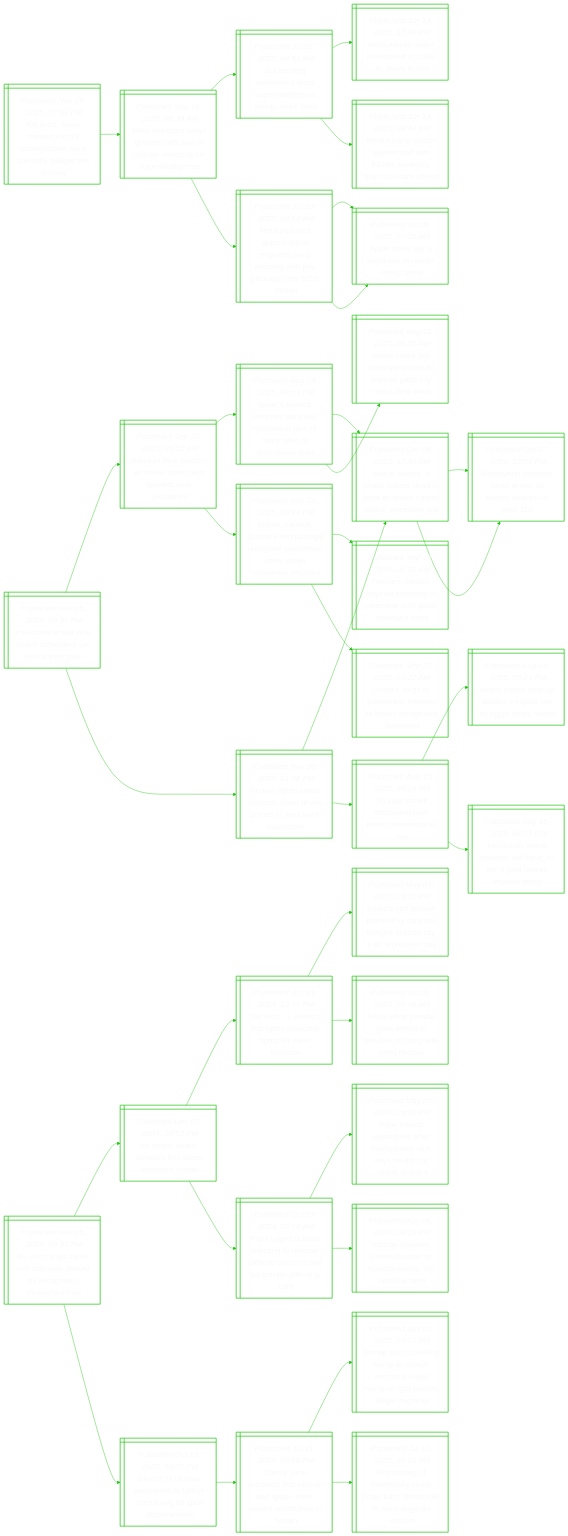
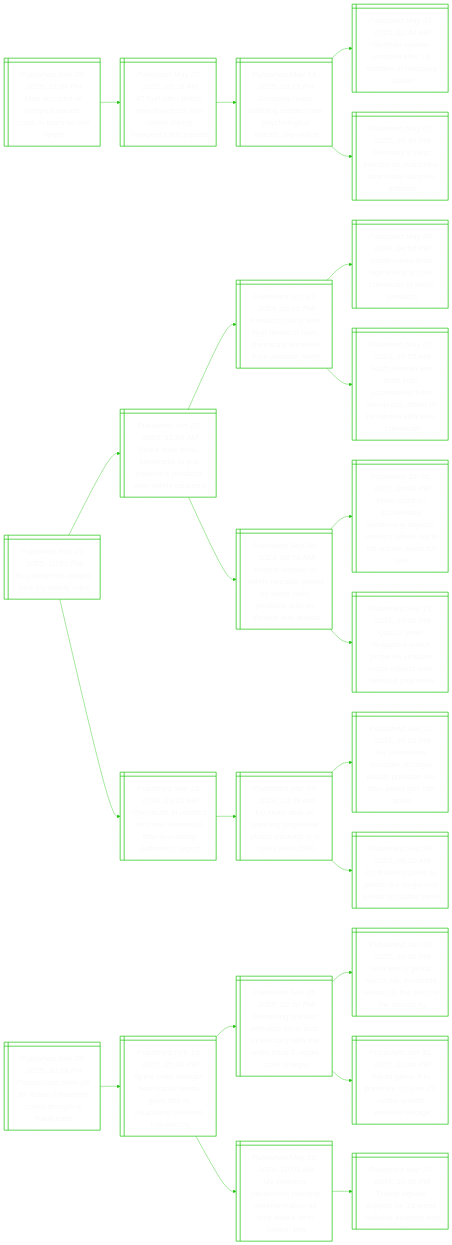
Before and after one commit to notJmes/notJmes: the diagram in README.md, drawn with Mermaid. The commit also changed other lines of this file, not shown here.

````diff
--- a/README.md
+++ b/README.md
@@ -16,112 +16,79 @@
 flowchart LR
 classDef txtsize font-size:20px;
 
-Bzlktaaapldhl@{ shape: win-pane, label: "_Published Nov 25, 2025, 07:58 PM_
-Big buzz, small market: meta’s smartglasses are a specialty gadget this holiday" }
-Maersiidacfptg@{ shape: win-pane, label: "_Published Sep 18, 2025, 08:36 AM_
-Meta launches smart glasses with built-in display, reaching for ‘superintelligence’" }
-Zraneptggmi@{ shape: win-pane, label: "_Published Jul 01, 2025, 04:51 AM_
-Zuckerberg announces meta ‘superintelligence’ group, more hires" }
-MaanmnekC@{ shape: win-pane, label: "_Published Jun 13, 2025, 12:40 PM_
-Meta makes major investment in scale ai, takes in ceo" }
-MrohAfhuaOl@{ shape: win-pane, label: "_Published Jun 18, 2025, 08:04 AM_
-Meta tried to poach openai staff with $128m bonuses, says ceo sam altman" }
-ModeAiPugpcoin@{ shape: win-pane, label: "_Published Jul 10, 2025, 08:58 AM_
-Meta poached apple’s top ai engineer pang ruoming with pay package over $256 million" }
-Altetosne@{ shape: win-pane, label: "_Published Jul 08, 2025, 07:25 AM_
-Apple loses top ai executive to meta’s hiring spree" }
-Altetosne@{ shape: win-pane, label: "_Published Jul 08, 2025, 07:25 AM_
-Apple loses top ai executive to meta’s hiring spree" }
+Mcoeldsesls@{ shape: win-pane, label: "_Published Nov 25, 2025, 11:34 PM_
+Man accused of liverpool parade crash in tears as trial opens" }
+hfrhrctwivotr@{ shape: win-pane, label: "_Published May 27, 2025, 02:18 AM_
+47 hurt after british man drives car into crowd during liverpool’s title parade" }
+Gnsbutslanai@{ shape: win-pane, label: "_Published May 24, 2025, 09:15 PM_
+Germany mass stabbing suspect has ‘psychological illness’, say police" }
+Gnnsftdmso@{ shape: win-pane, label: "_Published May 24, 2025, 01:44 AM_
+German woman arrested after 18 stabbed at hamburg station" }
+Gnrcscrrirea@{ shape: win-pane, label: "_Published May 06, 2025, 04:40 PM_
+Germany’s merz elected as chancellor after initial surprise setback" }
 
-Bzlktaaapldhl:::txtsize --> Maersiidacfptg:::txtsize
-Maersiidacfptg:::txtsize --> Zraneptggmi:::txtsize
-Zraneptggmi:::txtsize --> MaanmnekC:::txtsize
-Zraneptggmi:::txtsize --> MrohAfhuaOl:::txtsize
-Maersiidacfptg:::txtsize --> ModeAiPugpcoin:::txtsize
-ModeAiPugpcoin:::txtsize --> Altetosne:::txtsize
-ModeAiPugpcoin:::txtsize --> Altetosne:::txtsize
+Mcoeldsesls:::txtsize --> hfrhrctwivotr:::txtsize
+hfrhrctwivotr:::txtsize --> Gnsbutslanai:::txtsize
+Gnsbutslanai:::txtsize --> Gnnsftdmso:::txtsize
+Gnsbutslanai:::txtsize --> Gnrcscrrirea:::txtsize
 
-Ptnrsiltwtt@{ shape: win-pane, label: "_Published Nov 25, 2025, 06:37 PM_
-Palestinians fear new israeli settlement will wreck their town" }
-Bietseternel@{ shape: win-pane, label: "_Published Sep 23, 2025, 05:52 AM_
-Bedouin face eviction as israeli settlement spreads near jerusalem" }
-Ilaiensepoifsat@{ shape: win-pane, label: "_Published Aug 14, 2025, 04:03 PM_
-Israel’s finance minister launches settlement plan to ‘bury’ idea of palestinian state" }
-Sbsrcdnacaale@{ shape: win-pane, label: "_Published Oct 08, 2023, 12:45 AM_
-‘sea of bodies’ in israel, scores dead in gaza as shock hamas attack unleashes war" }
-Iltaauttatkas@{ shape: win-pane, label: "_Published Aug 12, 2025, 08:55 AM_
-Israeli critics say netanyahu plan to capture gaza city lacks clear aims" }
-BiasiPgcseiaroni@{ shape: win-pane, label: "_Published Sep 21, 2025, 09:34 PM_
-Britain, canada, australia and portugal recognise palestinian state; israel condemns decision" }
-Ferymylniaar@{ shape: win-pane, label: "_Published Sep 22, 2025, 01:32 AM_
-France’s macron says no embassy in palestine until gaza hostages freed" }
-Csaeisateito@{ shape: win-pane, label: "_Published Sep 22, 2025, 01:22 AM_
-Cheers, hugs at palestinian mission as britain recognises statehood" }
-HRshsrfrites@{ shape: win-pane, label: "_Published Nov 20, 2025, 01:08 PM_
-Human rights watch accuses israel of war crimes in west bank expulsions" }
-Sbsrcdnacaale@{ shape: win-pane, label: "_Published Oct 08, 2023, 12:45 AM_
-‘sea of bodies’ in israel, scores dead in gaza as shock hamas attack unleashes war" }
-NyeeawHakl@{ shape: win-pane, label: "_Published Oct 07, 2023, 12:04 PM_
-Netanyahu declares israel at war as hamas attacks kill over 100" }
-NyeeawHakl@{ shape: win-pane, label: "_Published Oct 07, 2023, 12:04 PM_
-Netanyahu declares israel at war as hamas attacks kill over 100" }
-Useteaattl@{ shape: win-pane, label: "_Published Aug 15, 2025, 06:29 PM_
-Un says israeli settlement plan breaks international law" }
-Ilcestzyysm@{ shape: win-pane, label: "_Published Aug 14, 2025, 05:23 PM_
-Israeli forces step up assault on gaza city as egypt hosts hamas" }
-Hlaenhoitsno@{ shape: win-pane, label: "_Published Aug 15, 2025, 04:51 PM_
-Hezbollah warns lebanon ‘will have no life’ if govt moves against group" }
+Elnpwar@{ shape: win-pane, label: "_Published Nov 25, 2025, 10:51 PM_
+Eu parliament adopts new toy safety rules" }
+Saeiepheossye@{ shape: win-pane, label: "_Published Jun 27, 2025, 11:24 AM_
+Seoul asks temu, aliexpress to pull children’s products over safety concerns" }
+Pcuthlohamfeen@{ shape: win-pane, label: "_Published Jun 03, 2024, 06:15 PM_
+Products found with high levels of toxic chemicals removed from website: shein" }
+SKfheoimseos@{ shape: win-pane, label: "_Published May 28, 2024, 04:50 PM_
+South korea finds high levels of toxic chemicals in shein products" }
+SKnfkcoflrhoiwoha@{ shape: win-pane, label: "_Published May 26, 2024, 10:55 AM_
+South korean test finds kids’ accessories from aliexpress, shein to be tainted with toxic chemicals" }
+BseahdeobdsneLa@{ shape: win-pane, label: "_Published Sep 26, 2024, 09:50 AM_
+Buyers warned of safety hazards posed by some baby products sold on shopee and lazada" }
+Mheiawwbsianlnifl@{ shape: win-pane, label: "_Published Jul 31, 2023, 06:00 PM_
+More children accidentally swallowing objects, retailers asked not to list unsafe items for sale" }
+Qdnriovrgovlpn@{ shape: win-pane, label: "_Published Sep 13, 2024, 03:00 PM_
+Qoo10 under singapore police probe as vendors lodge reports over delayed payments" }
+Ccntaerhesteo@{ shape: win-pane, label: "_Published Mar 15, 2024, 03:16 AM_
+Chemicals in plastics far more numerous than previously estimated: report" }
+Ellnselcaiem@{ shape: win-pane, label: "_Published Mar 05, 2024, 10:38 AM_
+Eu seals deal on banning single-use plastic packaging in cafes from 2030" }
+Emsitesoiwrelsn@{ shape: win-pane, label: "_Published Jan 11, 2024, 09:10 PM_
+Eu lawmakers consider stronger plastic pollution law after pellet spill hits spain" }
+Uassatlpiul@{ shape: win-pane, label: "_Published Sep 29, 2023, 08:20 AM_
+Us finalises plans to phase out single-use plastic on public lands" }
 
-Ptnrsiltwtt:::txtsize --> Bietseternel:::txtsize
-Bietseternel:::txtsize --> Ilaiensepoifsat:::txtsize
-Ilaiensepoifsat:::txtsize --> Sbsrcdnacaale:::txtsize
-Ilaiensepoifsat:::txtsize --> Iltaauttatkas:::txtsize
-Bietseternel:::txtsize --> BiasiPgcseiaroni:::txtsize
-BiasiPgcseiaroni:::txtsize --> Ferymylniaar:::txtsize
-BiasiPgcseiaroni:::txtsize --> Csaeisateito:::txtsize
-Ptnrsiltwtt:::txtsize --> HRshsrfrites:::txtsize
-HRshsrfrites:::txtsize --> Sbsrcdnacaale:::txtsize
-Sbsrcdnacaale:::txtsize --> NyeeawHakl:::txtsize
-Sbsrcdnacaale:::txtsize --> NyeeawHakl:::txtsize
-HRshsrfrites:::txtsize --> Useteaattl:::txtsize
-Useteaattl:::txtsize --> Ilcestzyysm:::txtsize
-Useteaattl:::txtsize --> Hlaenhoitsno:::txtsize
+Elnpwar:::txtsize --> Saeiepheossye:::txtsize
+Saeiepheossye:::txtsize --> Pcuthlohamfeen:::txtsize
+Pcuthlohamfeen:::txtsize --> SKfheoimseos:::txtsize
+Pcuthlohamfeen:::txtsize --> SKnfkcoflrhoiwoha:::txtsize
+Saeiepheossye:::txtsize --> BseahdeobdsneLa:::txtsize
+BseahdeobdsneLa:::txtsize --> Mheiawwbsianlnifl:::txtsize
+BseahdeobdsneLa:::txtsize --> Qdnriovrgovlpn:::txtsize
+Elnpwar:::txtsize --> Ccntaerhesteo:::txtsize
+Ccntaerhesteo:::txtsize --> Ellnselcaiem:::txtsize
+Ellnselcaiem:::txtsize --> Emsitesoiwrelsn:::txtsize
+Ellnselcaiem:::txtsize --> Uassatlpiul:::txtsize
 
-Erssreleihhl@{ shape: win-pane, label: "_Published Nov 25, 2025, 06:33 PM_
-Eu court says same-sex marriage should be recognised throughout bloc" }
-Ngrostrun@{ shape: win-pane, label: "_Published Dec 07, 2024, 04:52 PM_
-‘no longer afraid’: poland’s first queer museum opens" }
-WsriGolifrln@{ shape: win-pane, label: "_Published Jun 01, 2024, 12:47 PM_
-‘we exist’: s. korea’s first lgbtq councillor fights for more inclusion" }
-Ssfvobinetcagey@{ shape: win-pane, label: "_Published May 04, 2023, 03:10 PM_
-Seoul's lgbt festival blocked by christian concert outside city hall, organisers say" }
-SPpeaidrgLrr@{ shape: win-pane, label: "_Published Jul 01, 2023, 09:46 AM_
-Seoul pride parade goes ahead in shadow of rising anti-lgbtq rhetoric" }
-PrtQirshChodfne@{ shape: win-pane, label: "_Published Oct 13, 2024, 02:16 AM_
-Pope urged at lgbtq meeting to reverse catholic church’s ban on gender-affirming care" }
-Prsosrpcseoeu@{ shape: win-pane, label: "_Published May 28, 2024, 09:42 PM_
-Pope francis apologises after homophobic slur, says he did not intend to use it" }
-Vaoratfslods@{ shape: win-pane, label: "_Published Apr 08, 2024, 08:29 PM_
-Vatican opposes criminalisation of homosexuality, top cardinal says" }
-ChrpioQufscnn@{ shape: win-pane, label: "_Published Oct 16, 2025, 10:35 PM_
-Church of norway apologises to lgbtq+ community for past discrimination" }
-CybesaLccdbpi@{ shape: win-pane, label: "_Published Jul 31, 2025, 06:18 PM_
-Cherry vann becomes first woman and lgbtq+ cleric named archbishop in britain" }
-BpsiuchoarLeiar@{ shape: win-pane, label: "_Published Jan 22, 2025, 07:17 AM_
-Bishop asks scowling trump in church sermon to have mercy on lgbt people, illegal migrants" }
-Aiotrllkaeegns@{ shape: win-pane, label: "_Published Jul 11, 2025, 03:13 PM_
-Archbishop of canterbury could scale back global role to avert anglican schism" }
+PcsjolnnhFgfc@{ shape: win-pane, label: "_Published Nov 25, 2025, 10:28 PM_
+Prosecutors seek jail for italian influencer chiara ferragni in fraud case" }
+ACVaslarodtnnn@{ shape: win-pane, label: "_Published Feb 19, 2025, 05:00 PM_
+Apple cider vinegar: how social media gave rise to fraudulent wellness influencers" }
+SmnWerxFatWLACVa@{ shape: win-pane, label: "_Published Feb 05, 2025, 02:30 PM_
+Streaming sneaks: wellness turns toxic in february with the white lotus 3, apple cider vinegar" }
+FnieIvbahdee@{ shape: win-pane, label: "_Published Jan 30, 2025, 01:00 PM_
+Film and tv picks: secret ink, invincible season 3, the seed of the sacred fig" }
+SGoinNierwa@{ shape: win-pane, label: "_Published Jan 31, 2025, 01:45 PM_
+Squid game 3 to premiere on june 27, netflix unveils preview footage" }
+Uliesisrohtiols@{ shape: win-pane, label: "_Published May 13, 2024, 10:01 AM_
+Us wellness influencers pushing misinformation as they attack birth control pills" }
+Tslpokobo@{ shape: win-pane, label: "_Published Mar 20, 2024, 10:35 PM_
+Trump signals support for 15-week national abortion ban" }
 
-Erssreleihhl:::txtsize --> Ngrostrun:::txtsize
-Ngrostrun:::txtsize --> WsriGolifrln:::txtsize
-WsriGolifrln:::txtsize --> Ssfvobinetcagey:::txtsize
-WsriGolifrln:::txtsize --> SPpeaidrgLrr:::txtsize
-Ngrostrun:::txtsize --> PrtQirshChodfne:::txtsize
-PrtQirshChodfne:::txtsize --> Prsosrpcseoeu:::txtsize
-PrtQirshChodfne:::txtsize --> Vaoratfslods:::txtsize
-Erssreleihhl:::txtsize --> ChrpioQufscnn:::txtsize
-ChrpioQufscnn:::txtsize --> CybesaLccdbpi:::txtsize
-CybesaLccdbpi:::txtsize --> BpsiuchoarLeiar:::txtsize
-CybesaLccdbpi:::txtsize --> Aiotrllkaeegns:::txtsize
+PcsjolnnhFgfc:::txtsize --> ACVaslarodtnnn:::txtsize
+ACVaslarodtnnn:::txtsize --> SmnWerxFatWLACVa:::txtsize
+SmnWerxFatWLACVa:::txtsize --> FnieIvbahdee:::txtsize
+SmnWerxFatWLACVa:::txtsize --> SGoinNierwa:::txtsize
+ACVaslarodtnnn:::txtsize --> Uliesisrohtiols:::txtsize
+Uliesisrohtiols:::txtsize --> Tslpokobo:::txtsize
 
 ```
````
